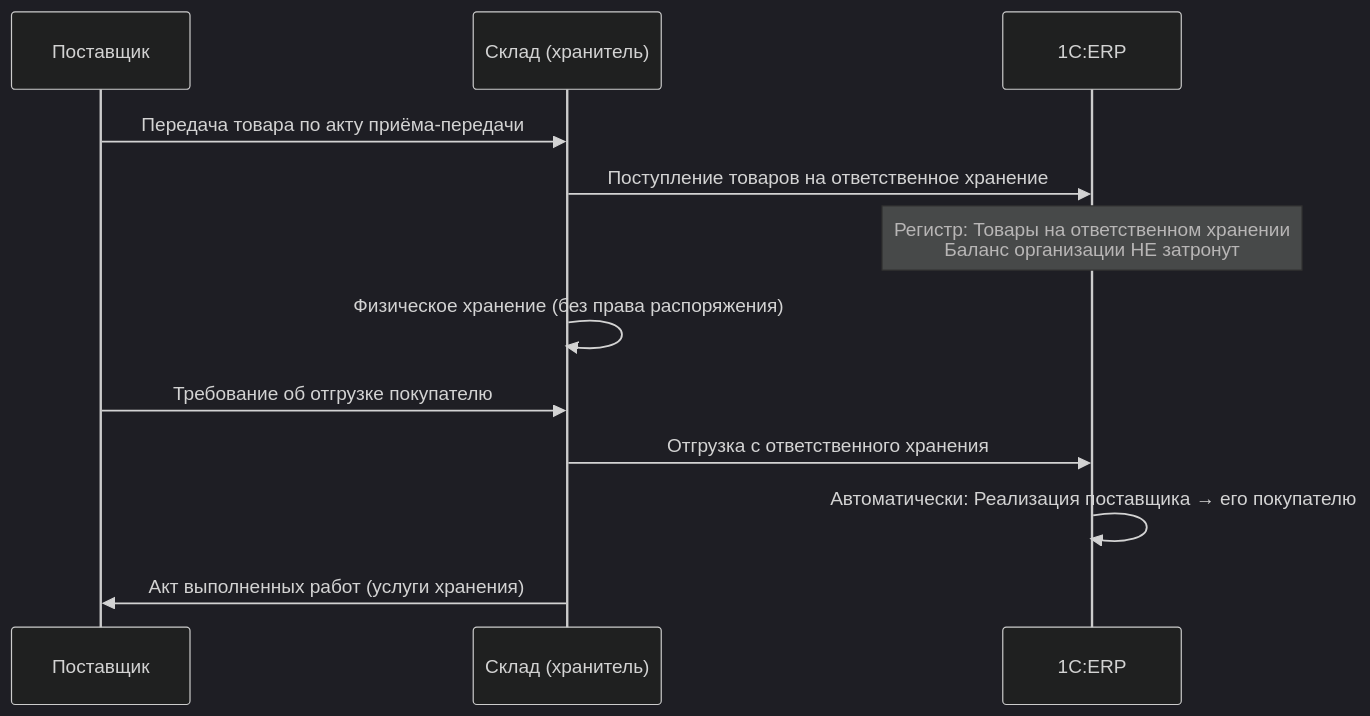
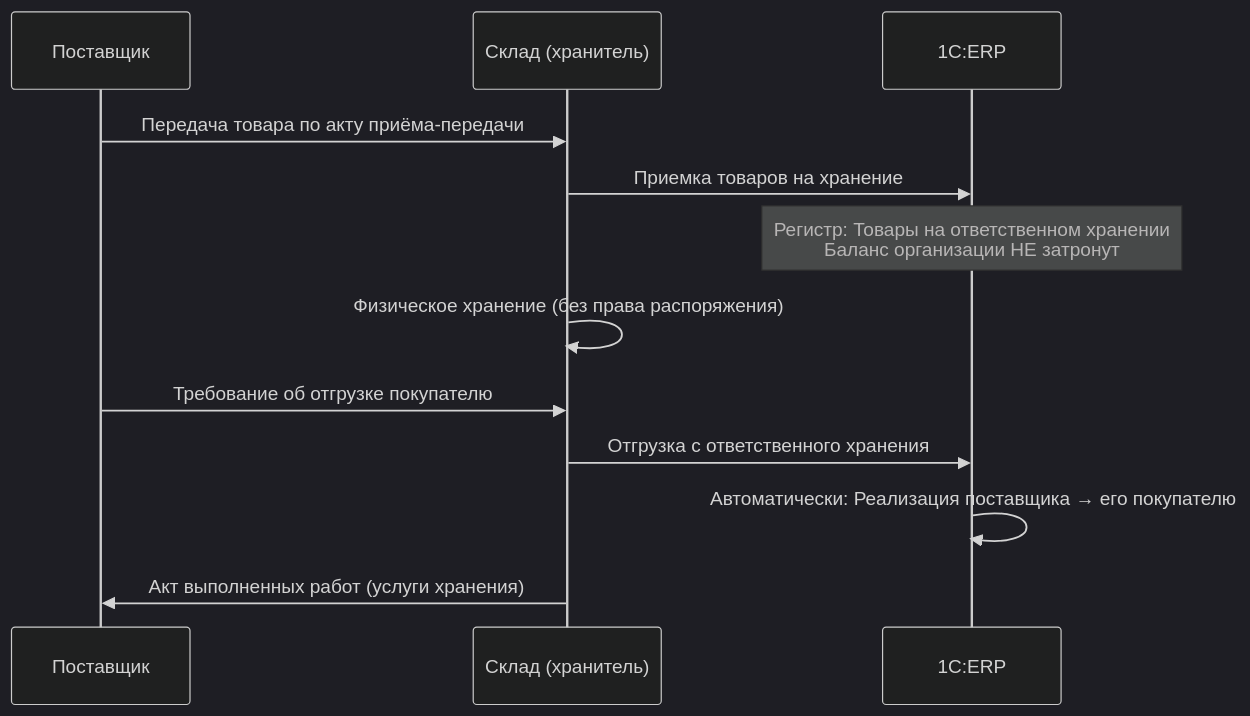
One commit to murad1986/edu-site changed the sixth of 6 diagrams in content/1c_erp_qcom/week_3/Неделя 3 - День 4 - Ответственное хранение.md. Above: the diagram before and after it, drawn with Mermaid (dark theme). The commit also changed other lines of this file and 43 other files, not shown here.

````diff
--- a/content/1c_erp_qcom/week_3/Неделя 3 - День 4 - Ответственное хранение.md
+++ b/content/1c_erp_qcom/week_3/Неделя 3 - День 4 - Ответственное хранение.md
@@ -498,16 +498,16 @@
 ```mermaid
 sequenceDiagram
     participant SUPP as Поставщик
     participant WH as Склад (хранитель)
     participant ERP as 1C:ERP
 
     SUPP->>WH: Передача товара по акту приёма-передачи
-    WH->>ERP: Поступление товаров на ответственное хранение
+    WH->>ERP: Приемка товаров на хранение
     Note over ERP: Регистр: Товары на ответственном хранении<br/>Баланс организации НЕ затронут
     WH->>WH: Физическое хранение (без права распоряжения)
     SUPP->>WH: Требование об отгрузке покупателю
     WH->>ERP: Отгрузка с ответственного хранения
     ERP->>ERP: Автоматически: Реализация поставщика → его покупателю
     WH->>SUPP: Акт выполненных работ (услуги хранения)
 
 ```
````
